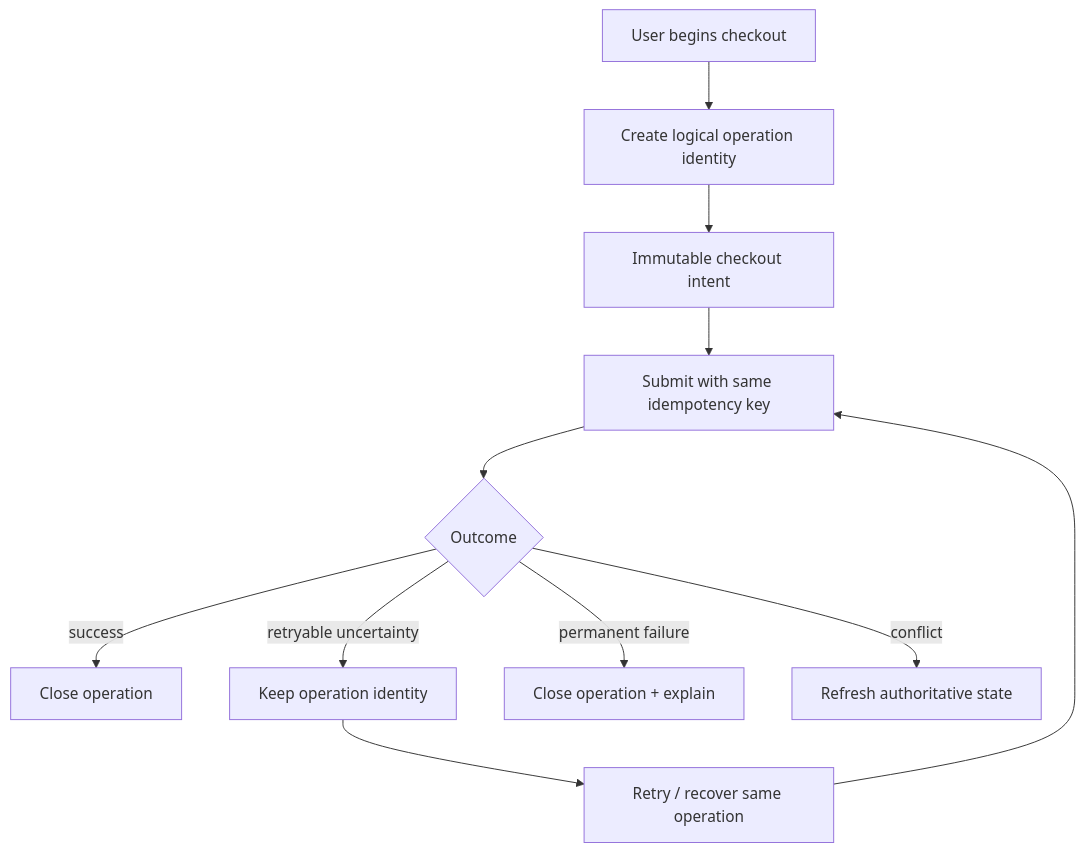
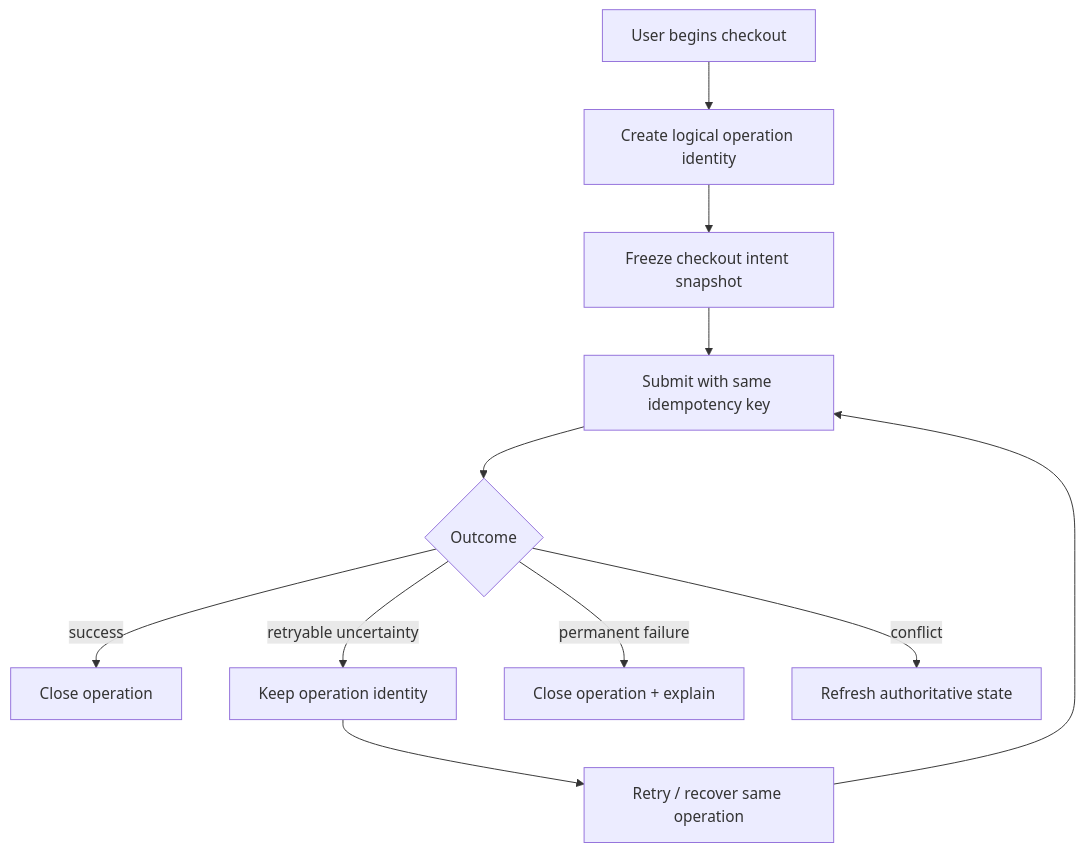
The first of 3 diagrams in deep-dives/frontend-operation-lifecycle.md (AzamanLTD/AZM-Planning), drawn with Mermaid before and after one commit. The commit also changed other lines of this file, not shown here.

Commit message:
docs: record immutable checkout intent snapshot

````diff
--- a/deep-dives/frontend-operation-lifecycle.md
+++ b/deep-dives/frontend-operation-lifecycle.md
@@ -21,13 +23,13 @@
 ```mermaid
 flowchart TD
     A[User begins checkout] --> B[Create logical operation identity]
-    B --> C[Immutable checkout intent]
+    B --> C[Freeze checkout intent snapshot]
     C --> D[Submit with same idempotency key]
     D --> E{Outcome}
     E -->|success| F[Close operation]
     E -->|retryable uncertainty| G[Keep operation identity]
     G --> H[Retry / recover same operation]
     H --> D
     E -->|permanent failure| I[Close operation + explain]
     E -->|conflict| J[Refresh authoritative state]
 ```
````
